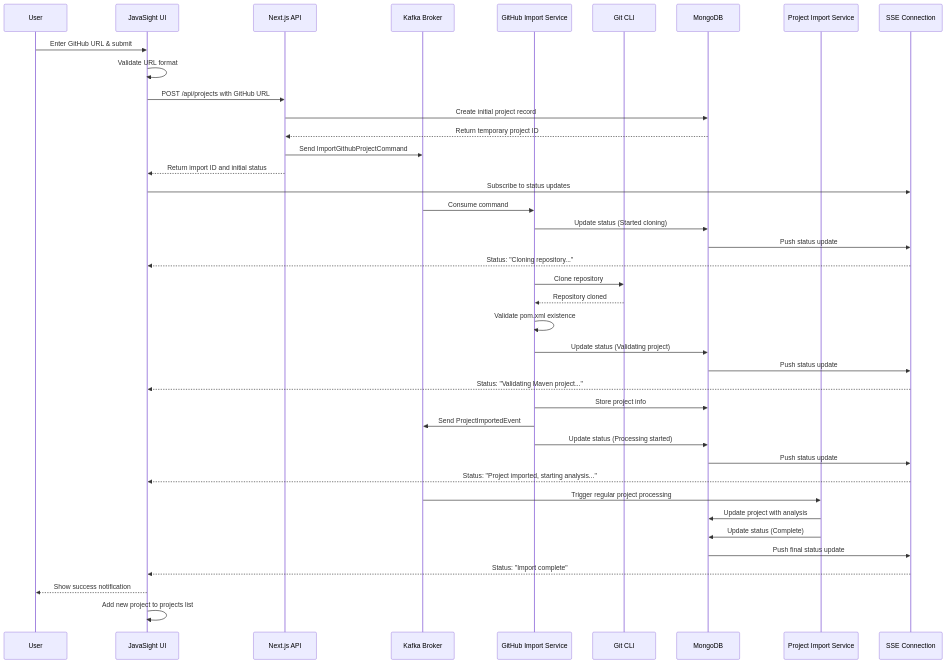
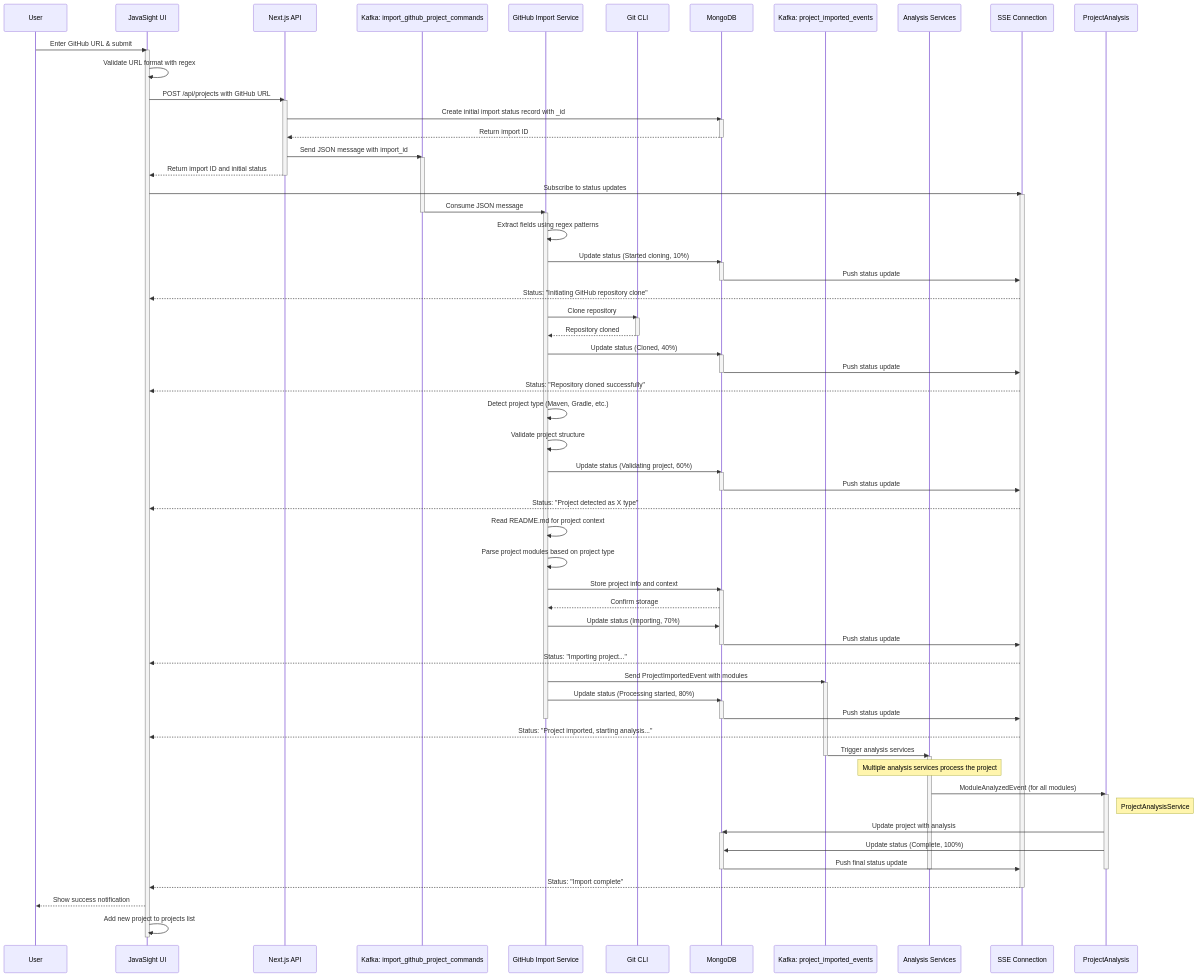
Before and after one commit to farhankaz/javasight_ai: the diagram in docs/github_import_design.md, drawn with Mermaid. The commit also changed other lines of this file and 7 other files, not shown here.

Commit message:
Fixed the github import design and status reporting

````diff
--- a/docs/github_import_design.md
+++ b/docs/github_import_design.md
@@ -123,46 +133,97 @@
     participant User as User
     participant UI as JavaSight UI
     participant API as Next.js API
-    participant Kafka as Kafka Broker
+    participant ImportCmd as Kafka: import_github_project_commands
     participant GIS as GitHub Import Service
     participant Git as Git CLI
     participant MongoDB as MongoDB
-    participant PIS as Project Import Service
+    participant ImportedEvt as Kafka: project_imported_events
+    participant Analysis as Analysis Services
     participant SSE as SSE Connection
 
     User->>UI: Enter GitHub URL & submit
-    UI->>UI: Validate URL format
+    activate UI
+    UI->>UI: Validate URL format with regex
     UI->>API: POST /api/projects with GitHub URL
-    API->>MongoDB: Create initial project record
-    MongoDB-->>API: Return temporary project ID
-    API->>Kafka: Send ImportGithubProjectCommand
+    activate API
+    API->>MongoDB: Create initial import status record with _id
+    activate MongoDB
+    MongoDB-->>API: Return import ID
+    deactivate MongoDB
+    API->>ImportCmd: Send JSON message with import_id
+    activate ImportCmd
     API-->>UI: Return import ID and initial status
+    deactivate API
     UI->>SSE: Subscribe to status updates
+    activate SSE
     
-    Kafka->>GIS: Consume command
-    GIS->>MongoDB: Update status (Started cloning)
+    ImportCmd->>GIS: Consume JSON message
+    activate GIS
+    deactivate ImportCmd
+    GIS->>GIS: Extract fields using regex patterns
+    GIS->>MongoDB: Update status (Started cloning, 10%)
+    activate MongoDB
     MongoDB->>SSE: Push status update
-    SSE-->>UI: Status: "Cloning repository..."
+    deactivate MongoDB
+    SSE-->>UI: Status: "Initiating GitHub repository clone"
     
     GIS->>Git: Clone repository
+    activate Git
     Git-->>GIS: Repository cloned
-    GIS->>GIS: Validate pom.xml existence
-    GIS->>MongoDB: Update status (Validating project)
+    deactivate Git
+    GIS->>MongoDB: Update status (Cloned, 40%)
+    activate MongoDB
     MongoDB->>SSE: Push status update
-    SSE-->>UI: Status: "Validating Maven project..."
+    deactivate MongoDB
+    SSE-->>UI: Status: "Repository cloned successfully"
     
-    GIS->>MongoDB: Store project info
-    GIS->>Kafka: Send ProjectImportedEvent
-    GIS->>MongoDB: Update status (Processing started)
+    GIS->>GIS: Detect project type (Maven, Gradle, etc.)
+    GIS->>GIS: Validate project structure
+    GIS->>MongoDB: Update status (Validating project, 60%)
+    activate MongoDB
     MongoDB->>SSE: Push status update
+    deactivate MongoDB
+    SSE-->>UI: Status: "Project detected as X type"
+    
+    GIS->>GIS: Read README.md for project context
+    GIS->>GIS: Parse project modules based on project type
+    GIS->>MongoDB: Store project info and context
+    activate MongoDB
+    MongoDB-->>GIS: Confirm storage
+    GIS->>MongoDB: Update status (Importing, 70%)
+    MongoDB->>SSE: Push status update
+    deactivate MongoDB
+    SSE-->>UI: Status: "Importing project..."
+    
+    GIS->>ImportedEvt: Send ProjectImportedEvent with modules
+    activate ImportedEvt
+    GIS->>MongoDB: Update status (Processing started, 80%)
+    activate MongoDB
+    MongoDB->>SSE: Push status update
+    deactivate MongoDB
+    deactivate GIS
     SSE-->>UI: Status: "Project imported, starting analysis..."
     
-    Kafka->>PIS: Trigger regular project processing
-    PIS->>MongoDB: Update project with analysis
-    PIS->>MongoDB: Update status (Complete)
+    ImportedEvt->>Analysis: Trigger analysis services
+    activate Analysis
+    deactivate ImportedEvt
+    
+    Note over Analysis: Multiple analysis services process the project
+    
+    Analysis->>ProjectAnalysis: ModuleAnalyzedEvent (for all modules)
+    activate ProjectAnalysis
+    Note right of ProjectAnalysis: ProjectAnalysisService
+    ProjectAnalysis->>MongoDB: Update project with analysis
+    activate MongoDB
+    ProjectAnalysis->>MongoDB: Update status (Complete, 100%)
     MongoDB->>SSE: Push final status update
+    deactivate MongoDB
+    deactivate ProjectAnalysis
+    deactivate Analysis
     SSE-->>UI: Status: "Import complete"
+    deactivate SSE
     
     UI-->>User: Show success notification
     UI->>UI: Add new project to projects list
+    deactivate UI
 ```
````
